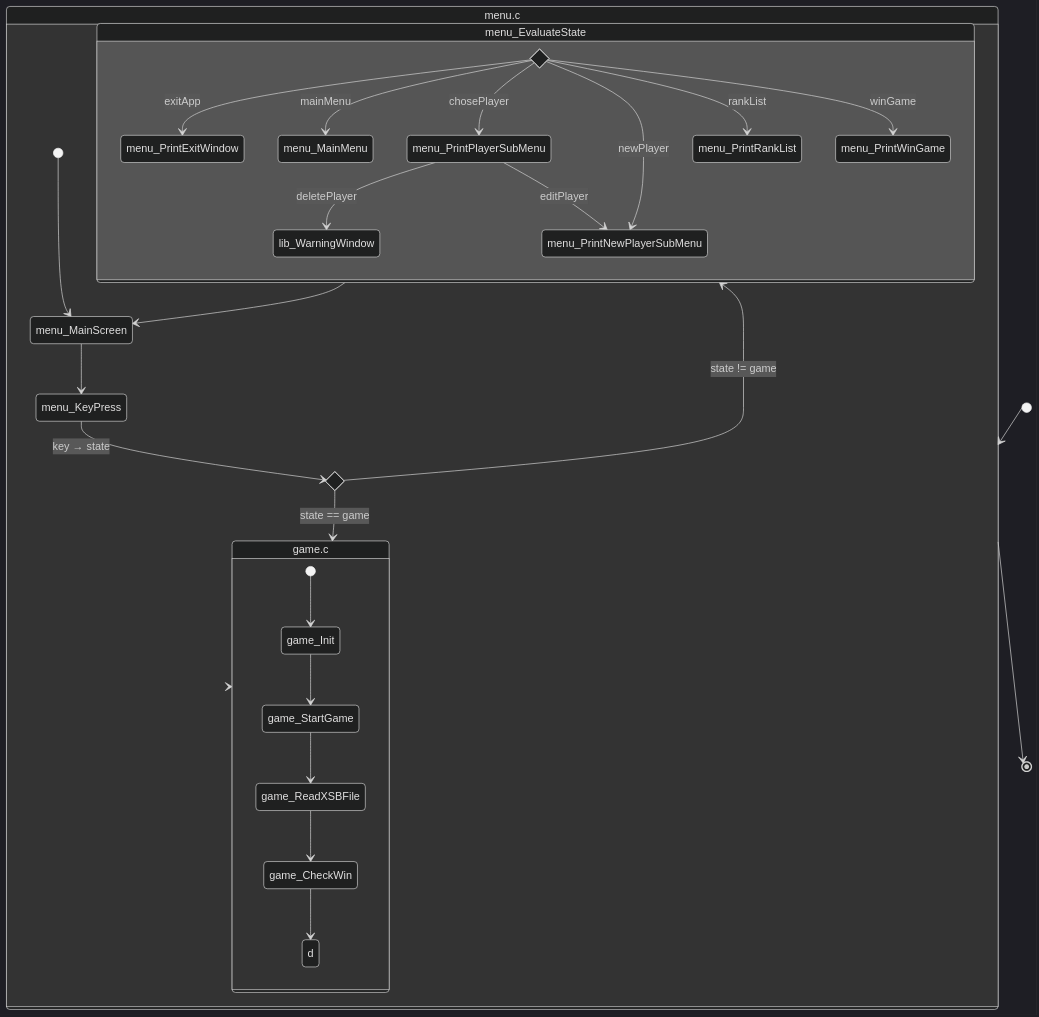
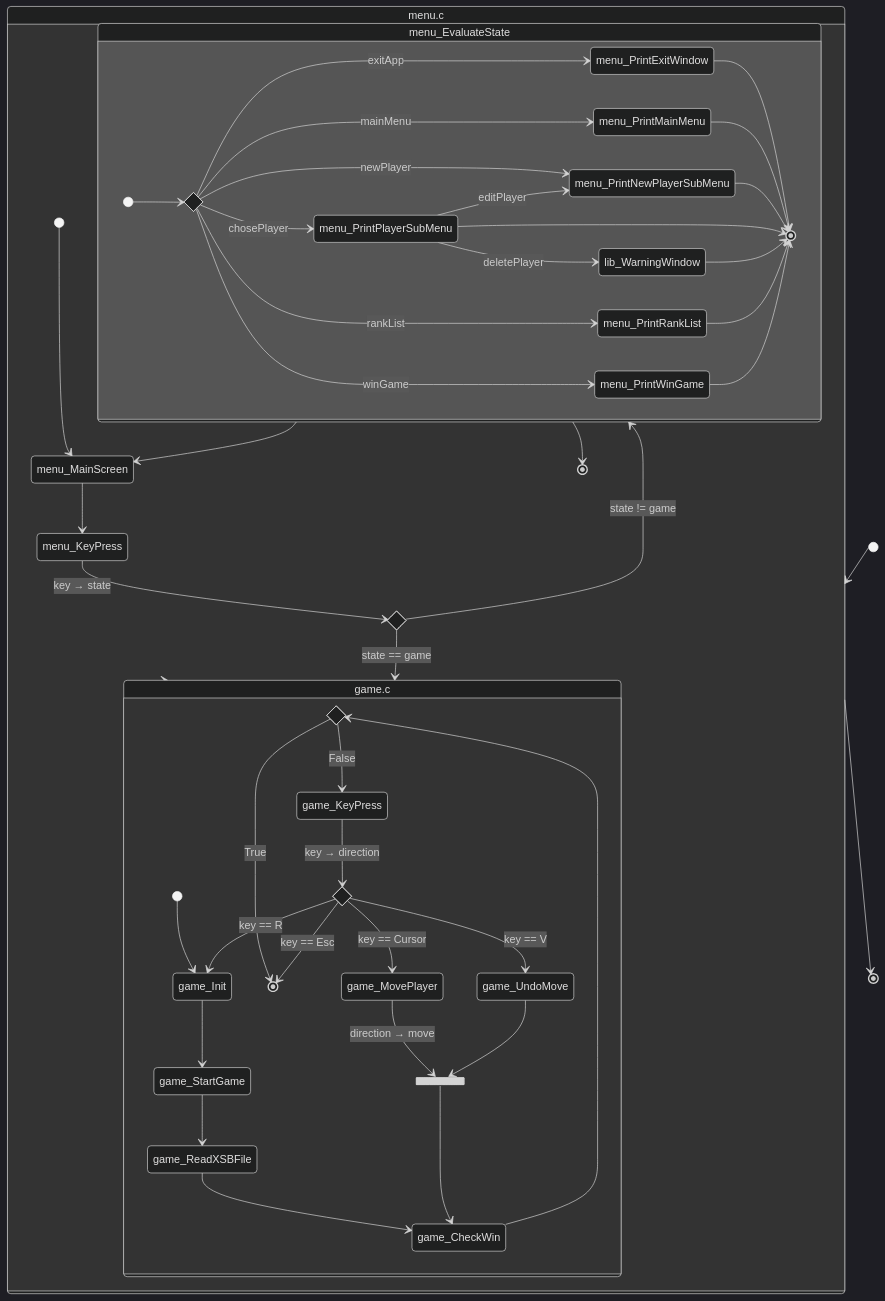
Before and after one commit to Spyro1/Sokoban: the diagram in SokobanDevDoc.md, drawn with Mermaid (dark theme). The commit also changed other lines of this file and 5 other files, not shown here.

Commit message:
Prog Dok - Függvényrendszer flowchart

````diff
--- a/SokobanDevDoc.md
+++ b/SokobanDevDoc.md
@@ -227,39 +227,65 @@
 ```mermaid
 stateDiagram-v2
-    direction TB
-    state switch <<choice>>
+    
+    state switchState <<choice>>
     state stateChange <<choice>>
+    state winGame <<choice>>
+    state keyDown <<choice>>
+    state collector <<join>>
     [*]--> menu.c 
     menu.c --> game.c
     menu.c --> [*]
-    state menu.c{ 
+    state menu.c{
+        direction TB
         [*] --> menu_MainScreen
         menu_MainScreen --> menu_KeyPress
         menu_KeyPress --> stateChange : key → state
         stateChange --> game.c : state == game
         stateChange --> menu_EvaluateState : state != game
         menu_EvaluateState --> menu_MainScreen
+        menu_EvaluateState --> [*]
+        
       
         state menu_EvaluateState{
-            direction TB            
-            switch -->  menu_PrintExitWindow : exitApp
-            switch --> menu_MainMenu : mainMenu
-            switch --> menu_PrintPlayerSubMenu : chosePlayer
+            direction LR
+            [*] --> switchState
+            switchState -->  menu_PrintExitWindow : exitApp
+            switchState --> menu_PrintMainMenu : mainMenu
+            switchState --> menu_PrintPlayerSubMenu : chosePlayer
             menu_PrintPlayerSubMenu --> lib_WarningWindow : deletePlayer
-            switch --> menu_PrintNewPlayerSubMenu : newPlayer
+            switchState --> menu_PrintNewPlayerSubMenu : newPlayer
+            switchState --> menu_PrintRankList : rankList
             menu_PrintPlayerSubMenu --> menu_PrintNewPlayerSubMenu : editPlayer
-            switch --> menu_PrintRankList : rankList
-            switch --> menu_PrintWinGame : winGame
+            switchState --> menu_PrintWinGame : winGame
+            menu_PrintExitWindow --> [*]
+            menu_PrintMainMenu --> [*]
+            menu_PrintNewPlayerSubMenu --> [*]
+            menu_PrintPlayerSubMenu --> [*]
+            lib_WarningWindow --> [*]
+            menu_PrintRankList --> [*]
+            menu_PrintWinGame --> [*]
         }
     }
     
     state game.c{
+        direction TB
         [*] --> game_Init
         game_Init --> game_StartGame
         game_StartGame --> game_ReadXSBFile
         game_ReadXSBFile --> game_CheckWin
-        game_CheckWin --> d
+        game_CheckWin --> winGame
+        winGame --> game_KeyPress : False
+        winGame --> [*] : True
+        game_KeyPress --> keyDown : key → direction
+        keyDown --> game_MovePlayer : key == Cursor
+        keyDown --> game_UndoMove : key == V
+        keyDown --> game_Init : key == R
+        keyDown --> [*] : key == Esc
+        game_MovePlayer --> collector : direction → move
+        game_UndoMove --> collector
+        collector --> game_CheckWin
+        
     }
    
 
 ```
````
